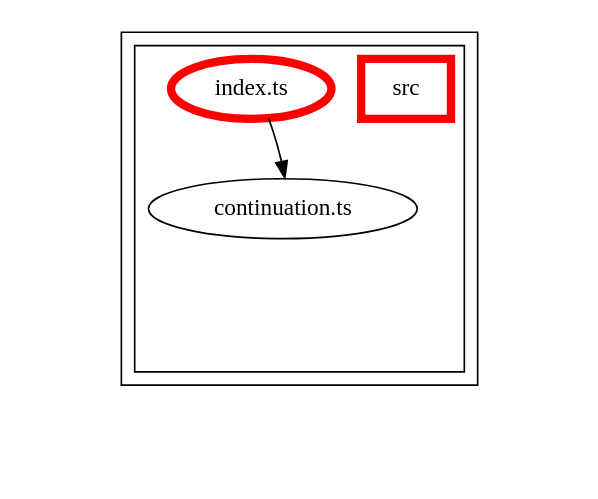
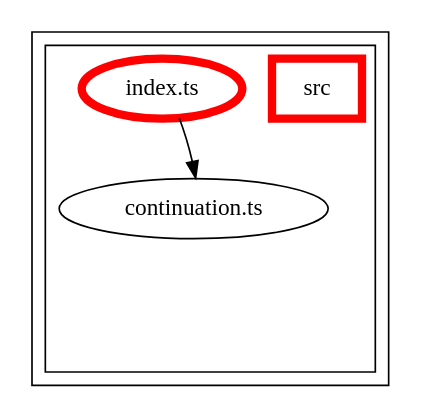
One commit to Siteimprove/alfa changed the diagram in packages/alfa-continuation/docs/dependency-graph.dot. Above: the diagram before and after it, drawn with Graphviz. The commit also changed 161 other files, not shown here.

First line of the commit message:
Update packages dependency graphs (#1900)

```diff
--- a/packages/alfa-continuation/docs/dependency-graph.dot
+++ b/packages/alfa-continuation/docs/dependency-graph.dot
@@ -1,65 +1,51 @@
-digraph "dependency-graph-[object Object]" {
+digraph "dependency-graph-@siteimprove/alfa-continuation" {
   compound = true;
-  "dependency-graph-[object Object]" [
-    style = "invis";
-  ];
   "src/continuation.ts";
   subgraph "cluster_src" {
     color = "#000000";
     label = "";
-    "name_src" [
-      penwidth = 5;
-      shape = "rectangle";
-      color = "#ff0000";
-      label = "src";
-    ];
     "exit_src" [
       style = "invis";
     ];
     subgraph "cluster_src" {
       color = "#000000";
       label = "";
       "name_src" [
         penwidth = 5;
         shape = "rectangle";
         color = "#ff0000";
         label = "src";
       ];
       "exit_src" [
         style = "invis";
       ];
       "src/continuation.ts" [
         label = "continuation.ts";
       ];
       "src/index.ts" [
         label = "index.ts";
         color = "#ff0000";
         penwidth = 5;
       ];
       "src/continuation.ts" -> "exit_src" [
         style = "invis";
       ];
       "src/index.ts" -> "exit_src" [
         style = "invis";
       ];
     }
     "exit_src" -> "exit_src" [
       style = "invis";
     ];
     "exit_src" -> "exit_src" [
       style = "invis";
     ];
   }
-  "exit_src" -> "dependency-graph-[object Object]" [
-    style = "invis";
-  ];
   "src/index.ts" -> "src/continuation.ts" [
     style = "invis";
   ];
   "src/index.ts" -> "src/continuation.ts" [
     style = "solid";
-    ltail = "cluster_src/index.ts";
-    lhead = "cluster_src/continuation.ts";
     color = "black";
   ];
 }
```
